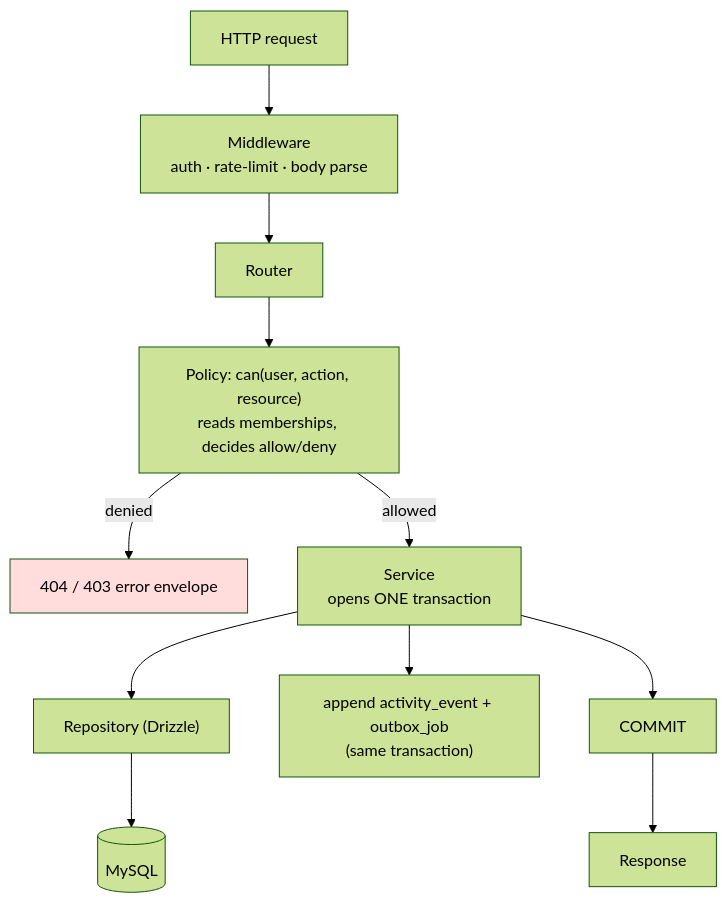
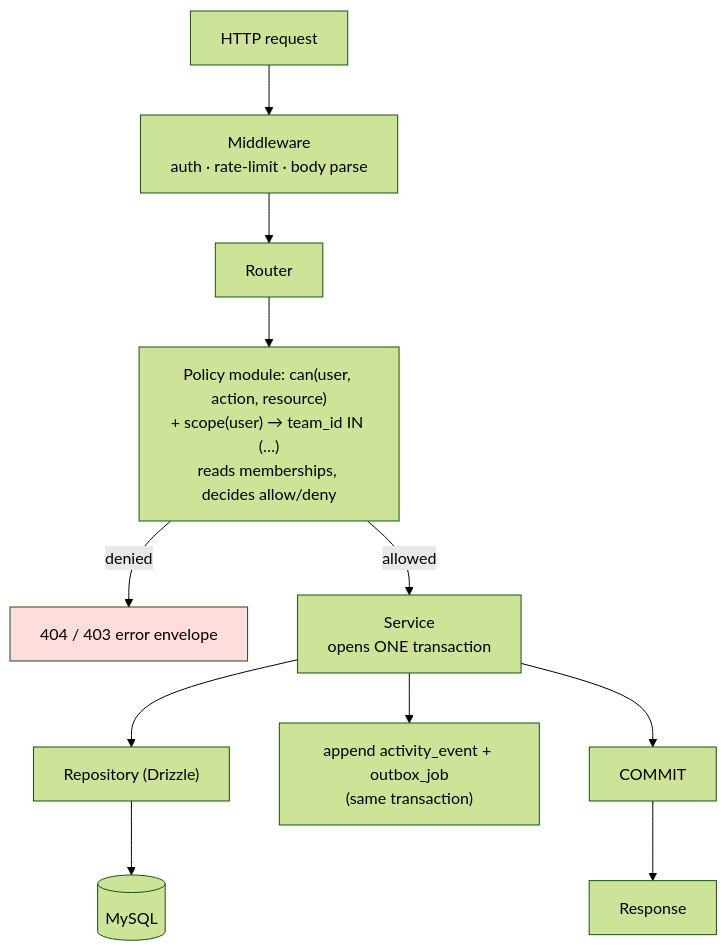
Before and after one commit to tabishraza302/newtoninte-ops: the second of 9 diagrams in docs/architecture.md, drawn with Mermaid (forest theme). The commit also changed other lines of this file and 1 other file, not shown here.

First line of the commit message:
docs: verification pass — fix authed-redemption email check + diagram drift

````diff
--- a/docs/architecture.md
+++ b/docs/architecture.md
@@ -42,15 +42,15 @@
 ```mermaid
 flowchart TD
   REQ["HTTP request"] --> MW["Middleware<br/>auth · rate-limit · body parse"]
   MW --> ROUTE["Router"]
-  ROUTE --> POL["Policy: can(user, action, resource)<br/>reads memberships, decides allow/deny"]
+  ROUTE --> POL["Policy module: can(user, action, resource)<br/>+ scope(user) → team_id IN (…)<br/>reads memberships, decides allow/deny"]
   POL -->|denied| ERR["404 / 403 error envelope"]
   POL -->|allowed| SVC["Service<br/>opens ONE transaction"]
   SVC --> REPO["Repository (Drizzle)"]
   REPO --> DB[("MySQL")]
   SVC --> OUT["append activity_event + outbox_job<br/>(same transaction)"]
   SVC --> COMMIT["COMMIT"]
   COMMIT --> RESP["Response"]
 
   style ERR fill:#fdd
 ```
````
